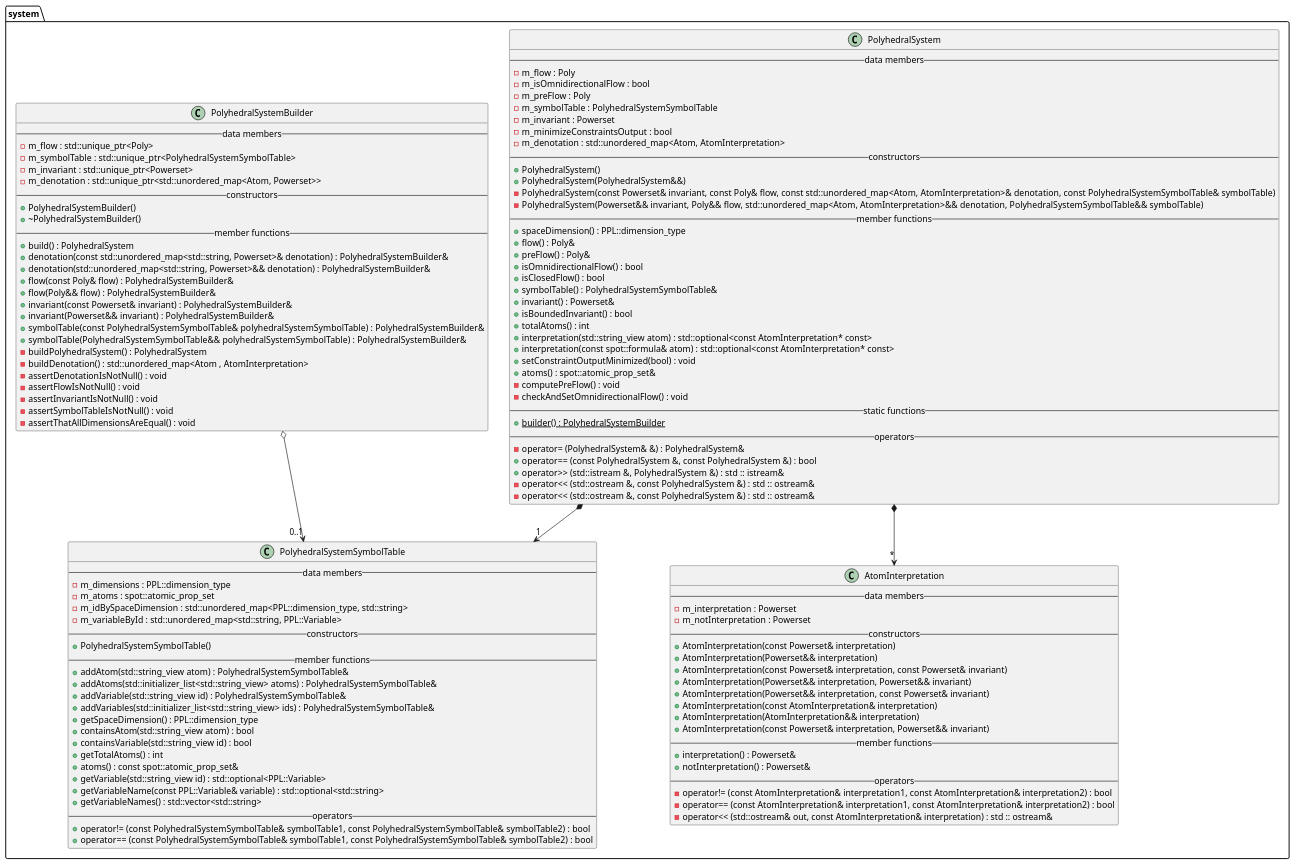
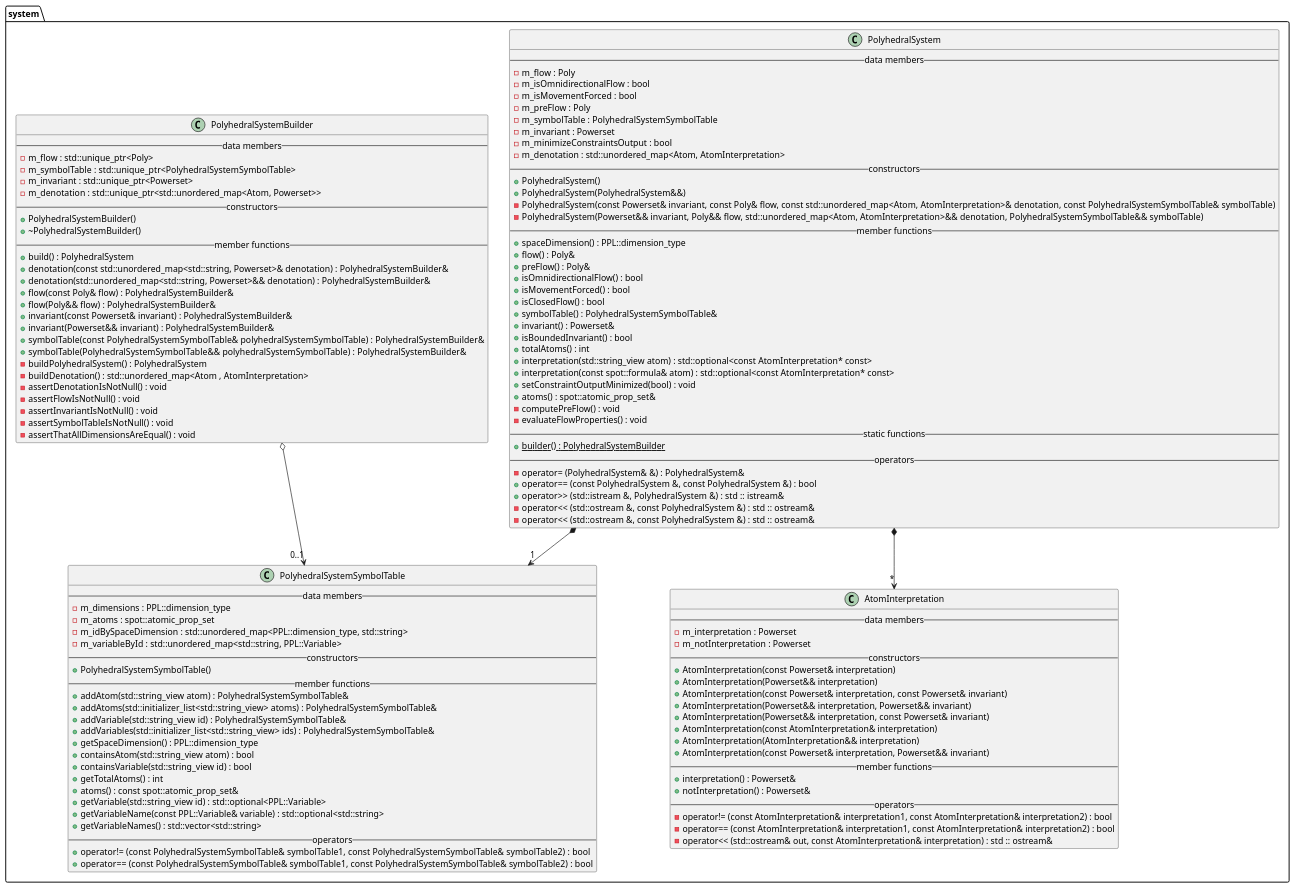
Before and after one commit to vtramo/rtl-mc: the diagram in docs/plantuml/system.puml, drawn with PlantUML. The commit also changed 2 other files, not shown here.

Commit message:
feat: add isMovementForced method in PolyhedralSystem

```diff
--- a/docs/plantuml/system.puml
+++ b/docs/plantuml/system.puml
@@ -1,123 +1,125 @@
 @startuml
 package system {
     class AtomInterpretation {
         --data members--
         -m_interpretation : Powerset
         -m_notInterpretation : Powerset
         --constructors--
         +AtomInterpretation(const Powerset& interpretation)
         +AtomInterpretation(Powerset&& interpretation)
         +AtomInterpretation(const Powerset& interpretation, const Powerset& invariant)
         +AtomInterpretation(Powerset&& interpretation, Powerset&& invariant)
         +AtomInterpretation(Powerset&& interpretation, const Powerset& invariant)
         +AtomInterpretation(const AtomInterpretation& interpretation)
         +AtomInterpretation(AtomInterpretation&& interpretation)
         +AtomInterpretation(const Powerset& interpretation, Powerset&& invariant)
         --member functions--
         +interpretation() : Powerset&
         +notInterpretation() : Powerset&
         --operators--
         -operator!= (const AtomInterpretation& interpretation1, const AtomInterpretation& interpretation2) : bool
         -operator== (const AtomInterpretation& interpretation1, const AtomInterpretation& interpretation2) : bool
         -operator<< (std::ostream& out, const AtomInterpretation& interpretation) : std :: ostream&
     }
 
     class PolyhedralSystem {
         --data members--
         -m_flow : Poly
         -m_isOmnidirectionalFlow : bool
+        -m_isMovementForced : bool
         -m_preFlow : Poly
         -m_symbolTable : PolyhedralSystemSymbolTable
         -m_invariant : Powerset
         -m_minimizeConstraintsOutput : bool
         -m_denotation : std::unordered_map<Atom, AtomInterpretation>
         --constructors--
         +PolyhedralSystem()
         +PolyhedralSystem(PolyhedralSystem&&)
         -PolyhedralSystem(const Powerset& invariant, const Poly& flow, const std::unordered_map<Atom, AtomInterpretation>& denotation, const PolyhedralSystemSymbolTable& symbolTable)
         -PolyhedralSystem(Powerset&& invariant, Poly&& flow, std::unordered_map<Atom, AtomInterpretation>&& denotation, PolyhedralSystemSymbolTable&& symbolTable)
         --member functions--
         +spaceDimension() : PPL::dimension_type
         +flow() : Poly&
         +preFlow() : Poly&
         +isOmnidirectionalFlow() : bool
+        +isMovementForced() : bool
         +isClosedFlow() : bool
         +symbolTable() : PolyhedralSystemSymbolTable&
         +invariant() : Powerset&
         +isBoundedInvariant() : bool
         +totalAtoms() : int
         +interpretation(std::string_view atom) : std::optional<const AtomInterpretation* const>
         +interpretation(const spot::formula& atom) : std::optional<const AtomInterpretation* const>
         +setConstraintOutputMinimized(bool) : void
         +atoms() : spot::atomic_prop_set&
         -computePreFlow() : void
-        -checkAndSetOmnidirectionalFlow() : void
+        -evaluateFlowProperties() : void
         --static functions--
         +{static} builder() : PolyhedralSystemBuilder
         --operators--
         -operator= (PolyhedralSystem& &) : PolyhedralSystem&
         +operator== (const PolyhedralSystem &, const PolyhedralSystem &) : bool
         +operator>> (std::istream &, PolyhedralSystem &) : std :: istream&
         -operator<< (std::ostream &, const PolyhedralSystem &) : std :: ostream&
         -operator<< (std::ostream &, const PolyhedralSystem &) : std :: ostream&
     }
 
     class PolyhedralSystemBuilder {
         --data members--
         -m_flow : std::unique_ptr<Poly>
         -m_symbolTable : std::unique_ptr<PolyhedralSystemSymbolTable>
         -m_invariant : std::unique_ptr<Powerset>
         -m_denotation : std::unique_ptr<std::unordered_map<Atom, Powerset>>
         --constructors--
         +PolyhedralSystemBuilder()
         +~PolyhedralSystemBuilder()
         --member functions--
         +build() : PolyhedralSystem
         +denotation(const std::unordered_map<std::string, Powerset>& denotation) : PolyhedralSystemBuilder&
         +denotation(std::unordered_map<std::string, Powerset>&& denotation) : PolyhedralSystemBuilder&
         +flow(const Poly& flow) : PolyhedralSystemBuilder&
         +flow(Poly&& flow) : PolyhedralSystemBuilder&
         +invariant(const Powerset& invariant) : PolyhedralSystemBuilder&
         +invariant(Powerset&& invariant) : PolyhedralSystemBuilder&
         +symbolTable(const PolyhedralSystemSymbolTable& polyhedralSystemSymbolTable) : PolyhedralSystemBuilder&
         +symbolTable(PolyhedralSystemSymbolTable&& polyhedralSystemSymbolTable) : PolyhedralSystemBuilder&
         -buildPolyhedralSystem() : PolyhedralSystem
         -buildDenotation() : std::unordered_map<Atom , AtomInterpretation>
         -assertDenotationIsNotNull() : void
         -assertFlowIsNotNull() : void
         -assertInvariantIsNotNull() : void
         -assertSymbolTableIsNotNull() : void
         -assertThatAllDimensionsAreEqual() : void
     }
 
     class PolyhedralSystemSymbolTable {
         --data members--
         -m_dimensions : PPL::dimension_type
         -m_atoms : spot::atomic_prop_set
         -m_idBySpaceDimension : std::unordered_map<PPL::dimension_type, std::string>
         -m_variableById : std::unordered_map<std::string, PPL::Variable>
         --constructors--
         +PolyhedralSystemSymbolTable()
         --member functions--
         +addAtom(std::string_view atom) : PolyhedralSystemSymbolTable&
         +addAtoms(std::initializer_list<std::string_view> atoms) : PolyhedralSystemSymbolTable&
         +addVariable(std::string_view id) : PolyhedralSystemSymbolTable&
         +addVariables(std::initializer_list<std::string_view> ids) : PolyhedralSystemSymbolTable&
         +getSpaceDimension() : PPL::dimension_type
         +containsAtom(std::string_view atom) : bool
         +containsVariable(std::string_view id) : bool
         +getTotalAtoms() : int
         +atoms() : const spot::atomic_prop_set&
         +getVariable(std::string_view id) : std::optional<PPL::Variable>
         +getVariableName(const PPL::Variable& variable) : std::optional<std::string>
         +getVariableNames() : std::vector<std::string>
         --operators--
         +operator!= (const PolyhedralSystemSymbolTable& symbolTable1, const PolyhedralSystemSymbolTable& symbolTable2) : bool
         +operator== (const PolyhedralSystemSymbolTable& symbolTable1, const PolyhedralSystemSymbolTable& symbolTable2) : bool
     }
 
     PolyhedralSystem *-->"*" AtomInterpretation
     PolyhedralSystem *-->"1" PolyhedralSystemSymbolTable
     PolyhedralSystemBuilder o-->"0..1" PolyhedralSystemSymbolTable
 }
 @enduml
```
